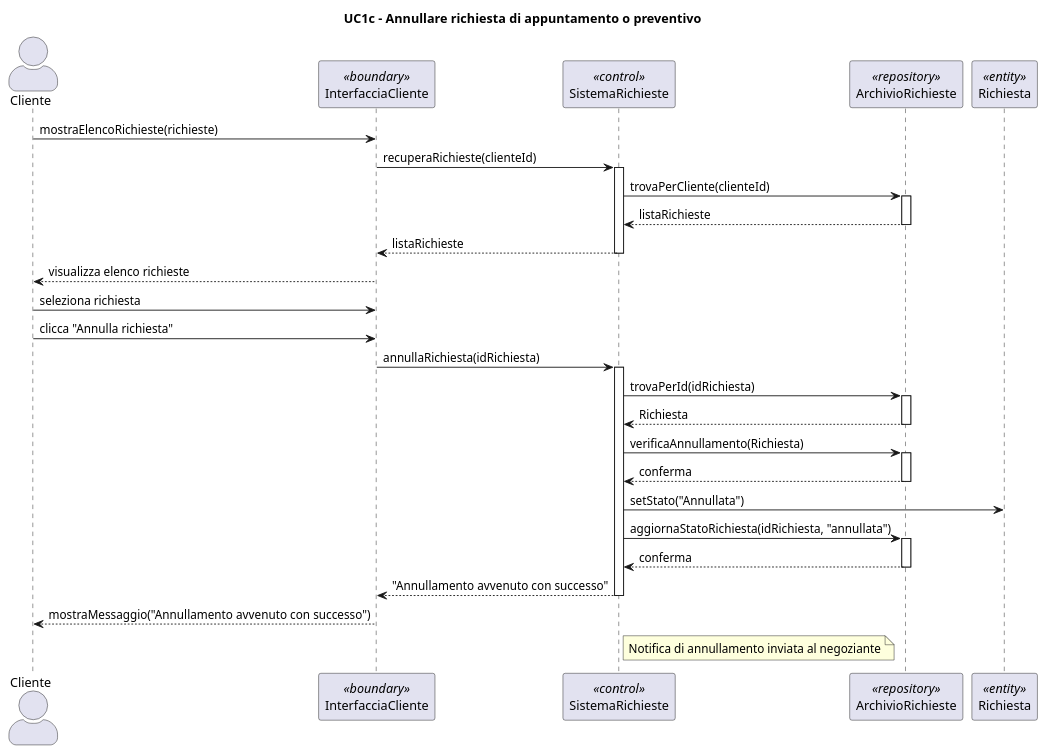
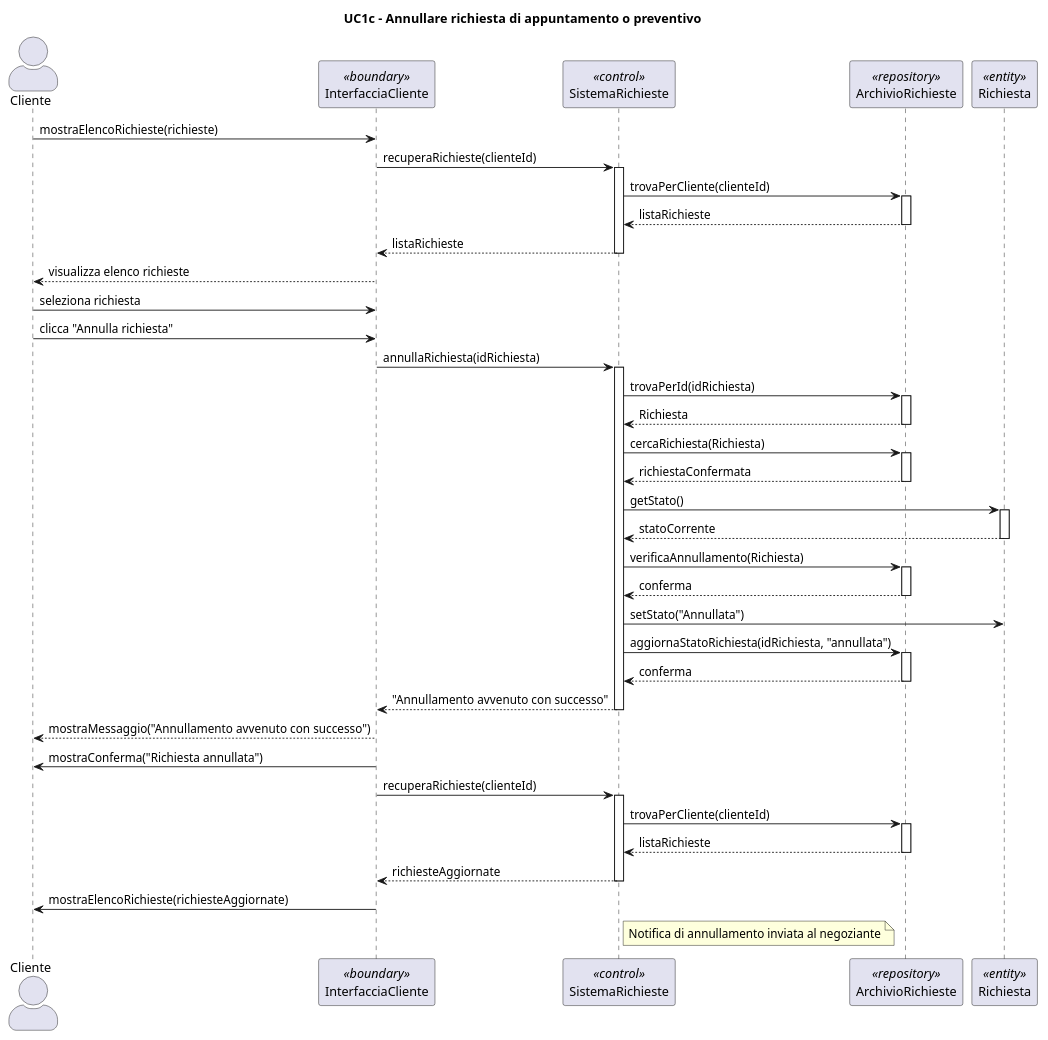
The diagram in diagrammiUML/diagrammi di sequenza/UC1c_Annullare_Richiesta_Preventivo_Appuntamento.puml (Samepsilon/FloWare), drawn with PlantUML before and after one commit. The commit also changed 11 other files, not shown here.

```diff
--- a/diagrammiUML/diagrammi di sequenza/UC1c_Annullare_Richiesta_Preventivo_Appuntamento.puml
+++ b/diagrammiUML/diagrammi di sequenza/UC1c_Annullare_Richiesta_Preventivo_Appuntamento.puml
@@ -1,56 +1,78 @@
 @startuml
 
 skinparam actorStyle awesome
 title UC1c - Annullare richiesta di appuntamento o preventivo
 
 actor Cliente
 participant "InterfacciaCliente" as UI <<boundary>>
 participant "SistemaRichieste" as S <<control>>
 participant "ArchivioRichieste" as Repo <<repository>>
 participant "Richiesta" as R <<entity>>
 
 Cliente -> UI : mostraElencoRichieste(richieste)
 UI -> S : recuperaRichieste(clienteId)
 activate S
 
 S -> Repo : trovaPerCliente(clienteId)
 activate Repo
 Repo --> S : listaRichieste
 deactivate Repo
 
 S --> UI : listaRichieste
 deactivate S
 UI --> Cliente : visualizza elenco richieste
 
 Cliente -> UI : seleziona richiesta
 Cliente -> UI : clicca "Annulla richiesta"
 UI -> S : annullaRichiesta(idRichiesta)
 activate S
 
 S -> Repo : trovaPerId(idRichiesta)
 activate Repo
 Repo --> S : Richiesta
 deactivate Repo
 
+S -> Repo : cercaRichiesta(Richiesta)
+activate Repo
+Repo --> S : richiestaConfermata
+deactivate Repo
+
+S -> R : getStato()
+activate R
+R --> S : statoCorrente
+deactivate R
+
 S -> Repo : verificaAnnullamento(Richiesta)
 activate Repo
 Repo --> S : conferma
 deactivate Repo
 
 S -> R : setStato("Annullata")
 
 S -> Repo : aggiornaStatoRichiesta(idRichiesta, "annullata")
 activate Repo
 Repo --> S : conferma
 deactivate Repo
 
 S --> UI : "Annullamento avvenuto con successo"
 deactivate S
 
 UI --> Cliente : mostraMessaggio("Annullamento avvenuto con successo")
 
+UI -> Cliente : mostraConferma("Richiesta annullata")
+
+UI -> S : recuperaRichieste(clienteId)
+activate S
+S -> Repo : trovaPerCliente(clienteId)
+activate Repo
+Repo --> S : listaRichieste
+deactivate Repo
+S --> UI : richiesteAggiornate
+deactivate S
+UI -> Cliente : mostraElencoRichieste(richiesteAggiornate)
+
 note right of S
 Notifica di annullamento inviata al negoziante
 end note
 
 @enduml
```
